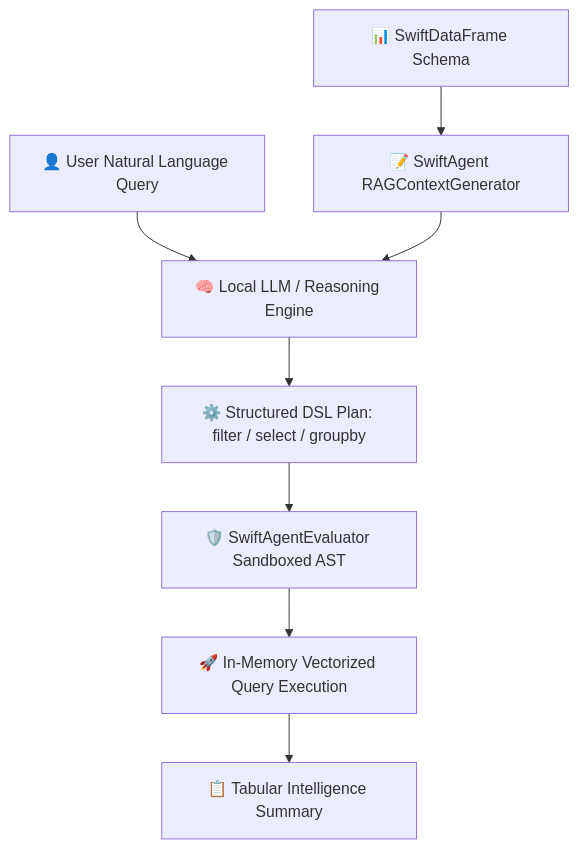
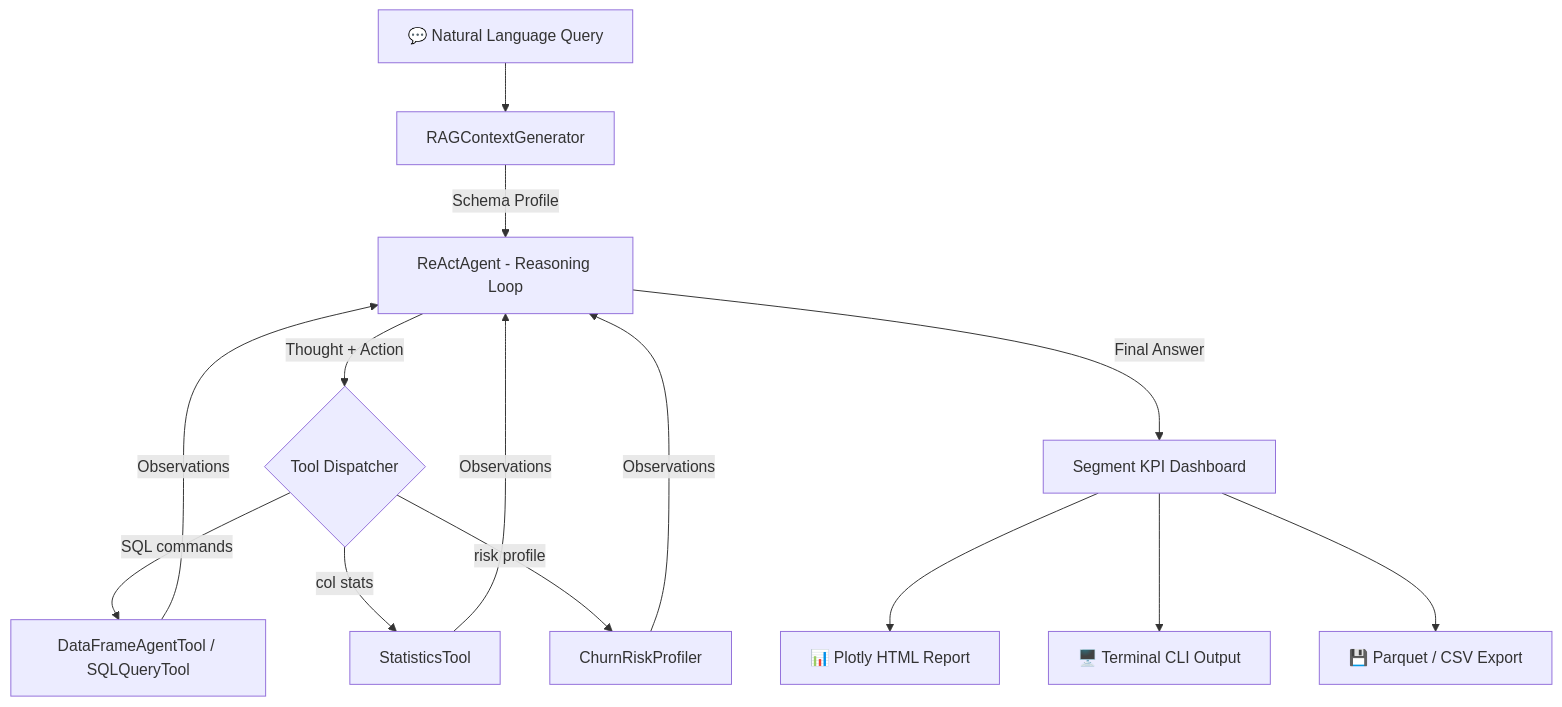
One commit to Nodibell/SwiftDataAnalyst-Agent changed the diagram in README.md. Above: the diagram before and after it, drawn with Mermaid. The commit also changed other lines of this file and 8 other files, not shown here.

Commit message:
feat: complete overhaul — ReActAgent orchestration, 4 typed tools, RAG profiler, Plotly HTML dashboard, ArgumentParser CLI, 7-test suite

````diff
--- a/README.md
+++ b/README.md
@@ -15,10 +27,16 @@
 ```mermaid
-graph TD
-    A[👤 User Natural Language Query] --> B[🧠 Local LLM / Reasoning Engine]
-    C[📊 SwiftDataFrame Schema] --> D[📝 SwiftAgent RAGContextGenerator]
-    D --> B
-    B --> E[⚙️ Structured DSL Plan: filter / select / groupby]
-    E --> F[🛡️ SwiftAgentEvaluator Sandboxed AST]
-    F --> G[🚀 In-Memory Vectorized Query Execution]
-    G --> H[📋 Tabular Intelligence Summary]
+flowchart TD
+    A[💬 Natural Language Query] --> B[RAGContextGenerator]
+    B -->|Schema Profile| C[ReActAgent - Reasoning Loop]
+    
+    C -->|Thought + Action| D{Tool Dispatcher}
+    D -->|SQL commands| E[DataFrameAgentTool / SQLQueryTool]
+    D -->|col stats| F[StatisticsTool]
+    D -->|risk profile| G[ChurnRiskProfiler]
+    
+    E & F & G -->|Observations| C
+    C -->|Final Answer| H[Segment KPI Dashboard]
+    H --> I[📊 Plotly HTML Report]
+    H --> J[🖥️ Terminal CLI Output]
+    H --> K[💾 Parquet / CSV Export]
 ```
````
